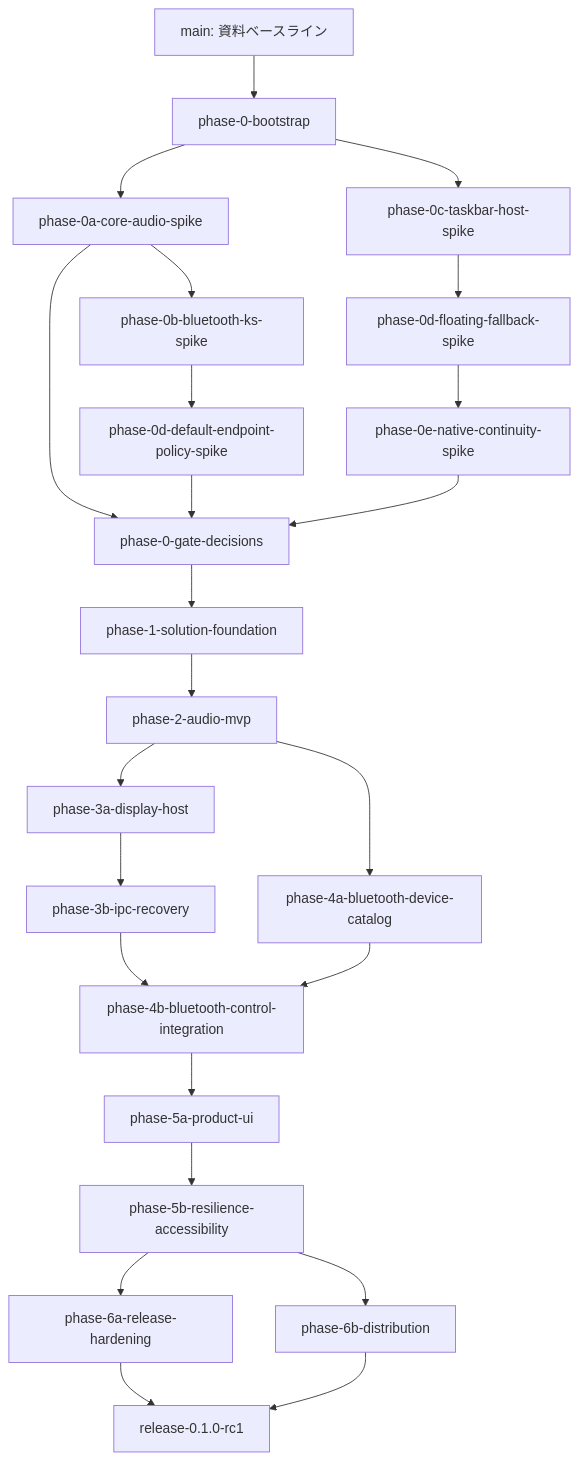
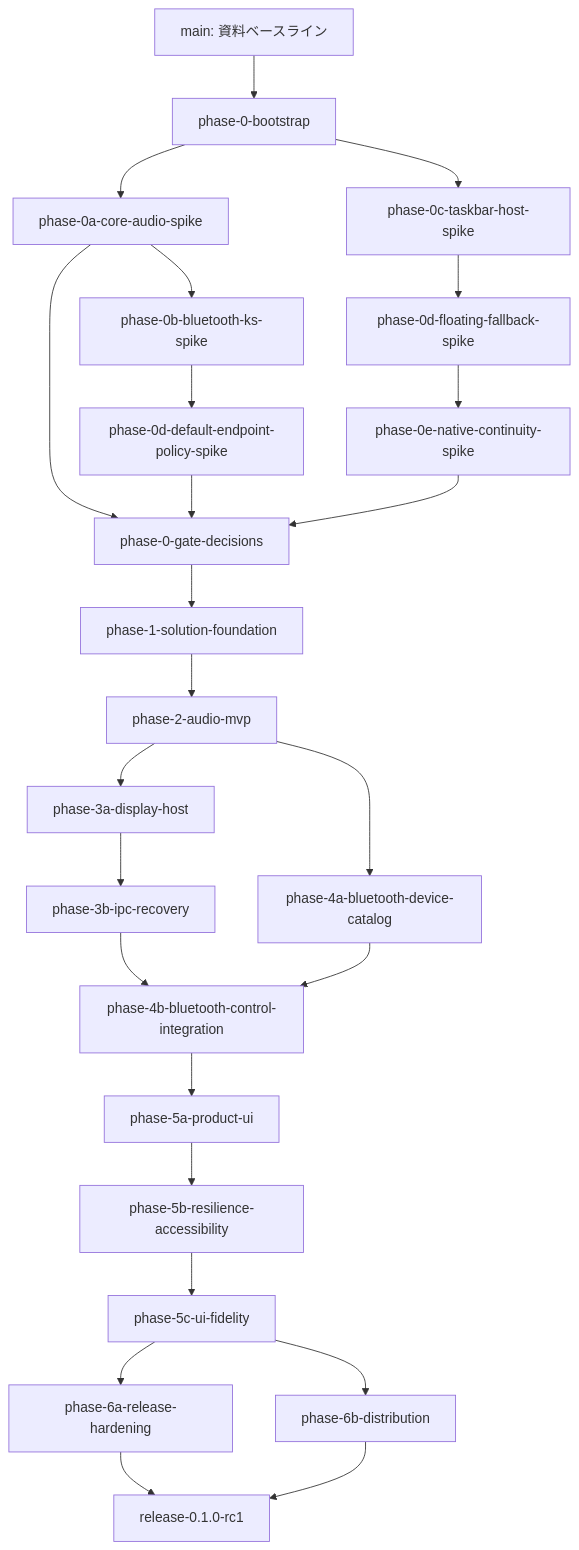
Before and after one commit to rimtty/QuickPods: the diagram in docs/QuickPods_ブランチ別実装ロードマップ.md, drawn with Mermaid. The commit also changed other lines of this file, not shown here.

Commit message:
docs: synchronize implementation roadmap progress (#56)

````diff
--- a/docs/QuickPods_ブランチ別実装ロードマップ.md
+++ b/docs/QuickPods_ブランチ別実装ロードマップ.md
@@ -72,26 +72,27 @@
 ```mermaid
 flowchart TD
     Seed["main: 資料ベースライン"] --> Bootstrap["phase-0-bootstrap"]
     Bootstrap --> AudioSpike["phase-0a-core-audio-spike"]
     Bootstrap --> TaskbarSpike["phase-0c-taskbar-host-spike"]
     TaskbarSpike --> TaskbarFallback["phase-0d-floating-fallback-spike"]
     TaskbarFallback --> TaskbarContinuity["phase-0e-native-continuity-spike"]
     AudioSpike --> BluetoothSpike["phase-0b-bluetooth-ks-spike"]
     AudioSpike --> Gate["phase-0-gate-decisions"]
     BluetoothSpike --> DefaultPolicySpike["phase-0d-default-endpoint-policy-spike"]
     DefaultPolicySpike --> Gate
     TaskbarContinuity --> Gate
     Gate --> Foundation["phase-1-solution-foundation"]
     Foundation --> AudioMvp["phase-2-audio-mvp"]
     AudioMvp --> DisplayHost["phase-3a-display-host"]
     AudioMvp --> BluetoothService["phase-4a-bluetooth-device-catalog"]
     DisplayHost --> Runtime["phase-3b-ipc-recovery"]
     Runtime --> BluetoothIntegration["phase-4b-bluetooth-control-integration"]
     BluetoothService --> BluetoothIntegration
     BluetoothIntegration --> ProductUi["phase-5a-product-ui"]
     ProductUi --> Resilience["phase-5b-resilience-accessibility"]
-    Resilience --> Hardening["phase-6a-release-hardening"]
-    Resilience --> Distribution["phase-6b-distribution"]
+    Resilience --> UiFidelity["phase-5c-ui-fidelity"]
+    UiFidelity --> Hardening["phase-6a-release-hardening"]
+    UiFidelity --> Distribution["phase-6b-distribution"]
     Hardening --> Release["release-0.1.0-rc1"]
     Distribution --> Release
 ```
````
